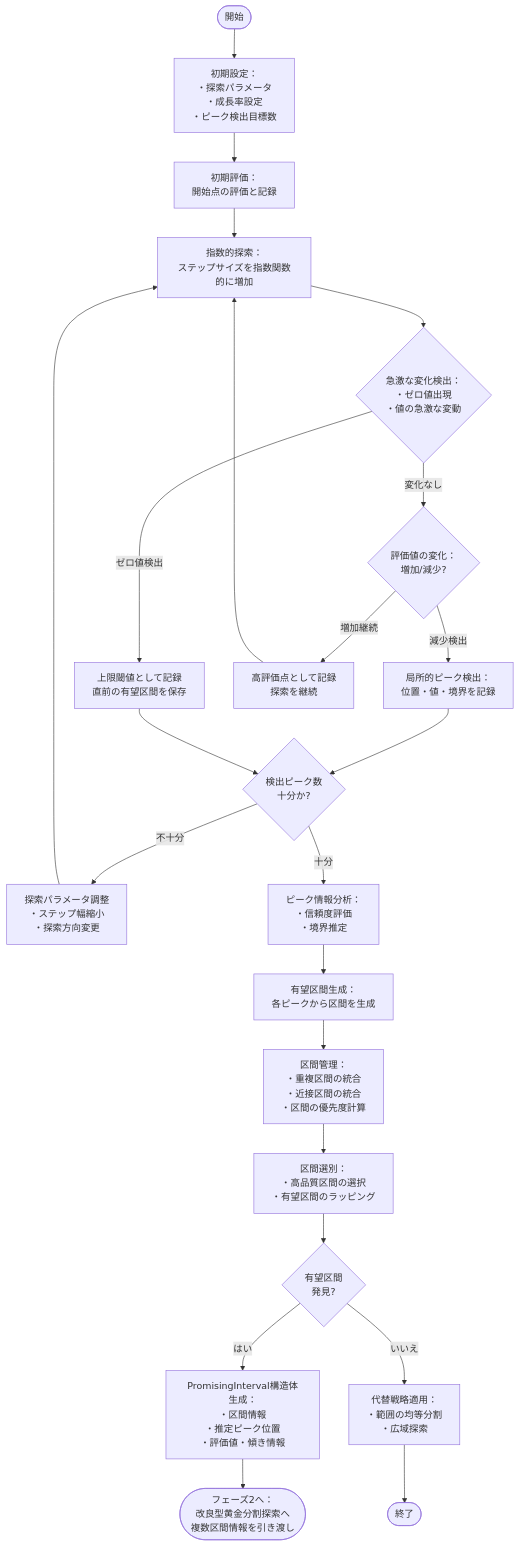
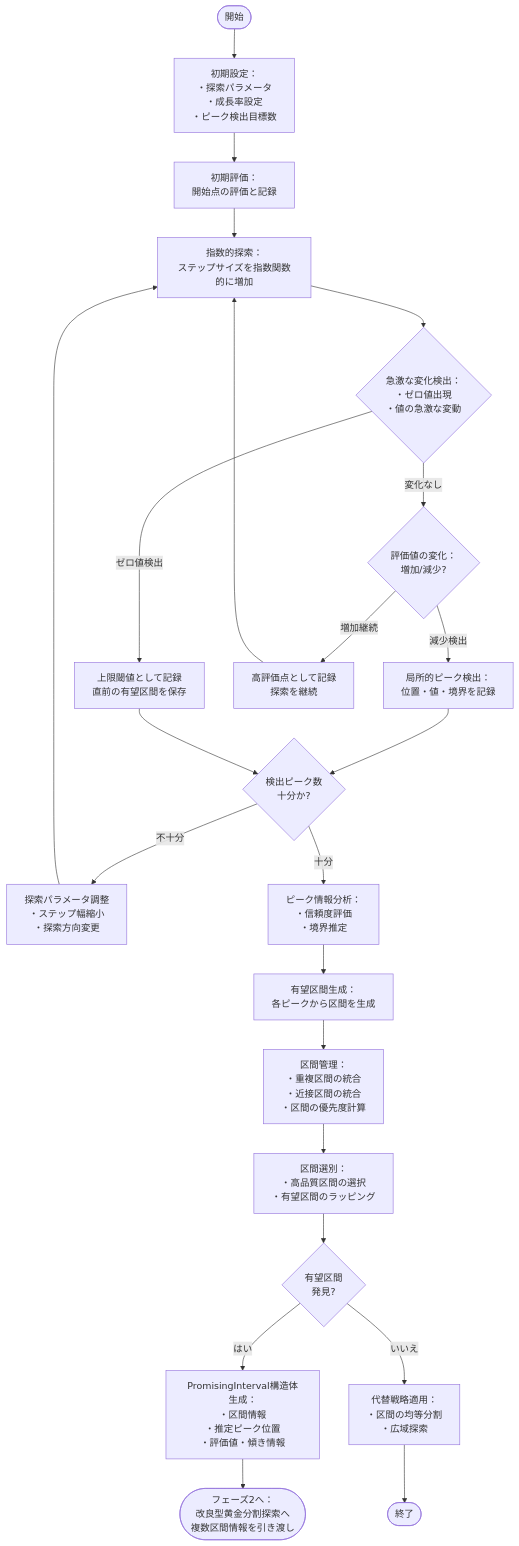
The first of 3 diagrams in diagram/optimization_algorithm_phase1.md (fathens/zaciraci), drawn with Mermaid before and after one commit. The commit also changed other lines of this file, not shown here.

First line of the commit message:
fix(docs): correct character encoding in mermaid diagrams

````diff
--- a/diagram/optimization_algorithm_phase1.md
+++ b/diagram/optimization_algorithm_phase1.md
@@ -24,40 +24,40 @@
 ```mermaid
 graph TD
     A(["開始"]) --> B["初期設定：<br/>・探索パラメータ<br/>・成長率設定<br/>・ピーク検出目標数"]
     B --> C["初期評価：<br/>開始点の評価と記録"]
     
     C --> D["指数的探索：<br/>ステップサイズを指数関数的に増加"]
     
     D --> E{"急激な変化検出：<br/>・ゼロ値出現<br/>・値の急激な変動"}
     
     E -->|"ゼロ値検出"| F["上限閾値として記録<br/>直前の有望区間を保存"]
     E -->|"変化なし"| G{"評価値の変化：<br/>増加/減少?"}
     
     G -->|"減少検出"| H["局所的ピーク検出：<br/>位置・値・境界を記録"]
     G -->|"増加継続"| I["高評価点として記録<br/>探索を継続"]
     
     H --> J{"検出ピーク数<br/>十分か?"}
     F --> J
     
     J -->|"不十分"| K["探索パラメータ調整<br/>・ステップ幅縮小<br/>・探索方向変更"]
     K --> D
     I --> D
     
     J -->|"十分"| L["ピーク情報分析：<br/>・信頼度評価<br/>・境界推定"]
     
     L --> M["有望区間生成：<br/>各ピークから区間を生成"]
     
     M --> N["区間管理：<br/>・重複区間の統合<br/>・近接区間の統合<br/>・区間の優先度計算"]
     
     N --> O["区間選別：<br/>・高品質区間の選択<br/>・有望区間のラッピング"]
     
     O --> P{"有望区間<br/>発見?"}
     
     P -->|"はい"| Q["PromisingInterval構造体生成：<br/>・区間情報<br/>・推定ピーク位置<br/>・評価値・傾き情報"]
     
     Q --> R(["フェーズ2へ：<br/>改良型黄金分割探索へ<br/>複数区間情報を引き渡し"])
     
-    P -->|"いいえ"| S["代替戦略適用：<br/>・範囲の均等分割<br/>・広域探索"]
+    P -->|"いいえ"| S["代替戦略適用：<br/>・区間の均等分割<br/>・広域探索"]
     
     S --> T(["終了"])
 ```
````
